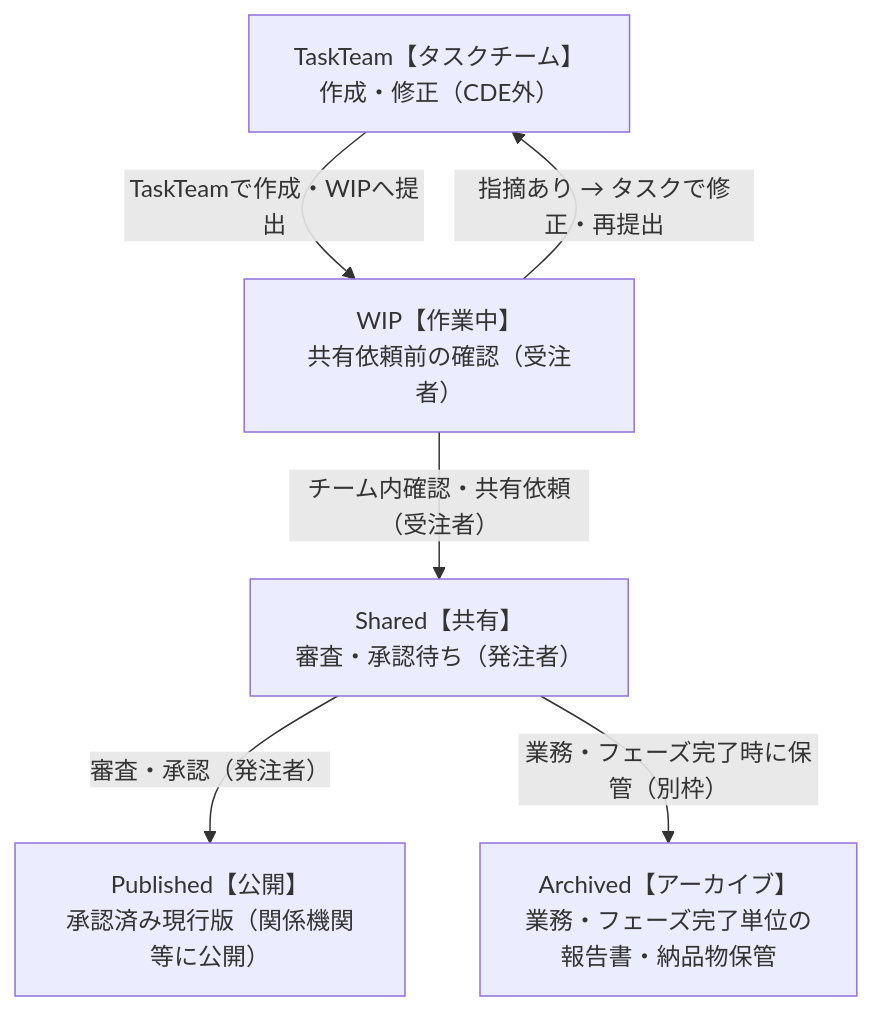
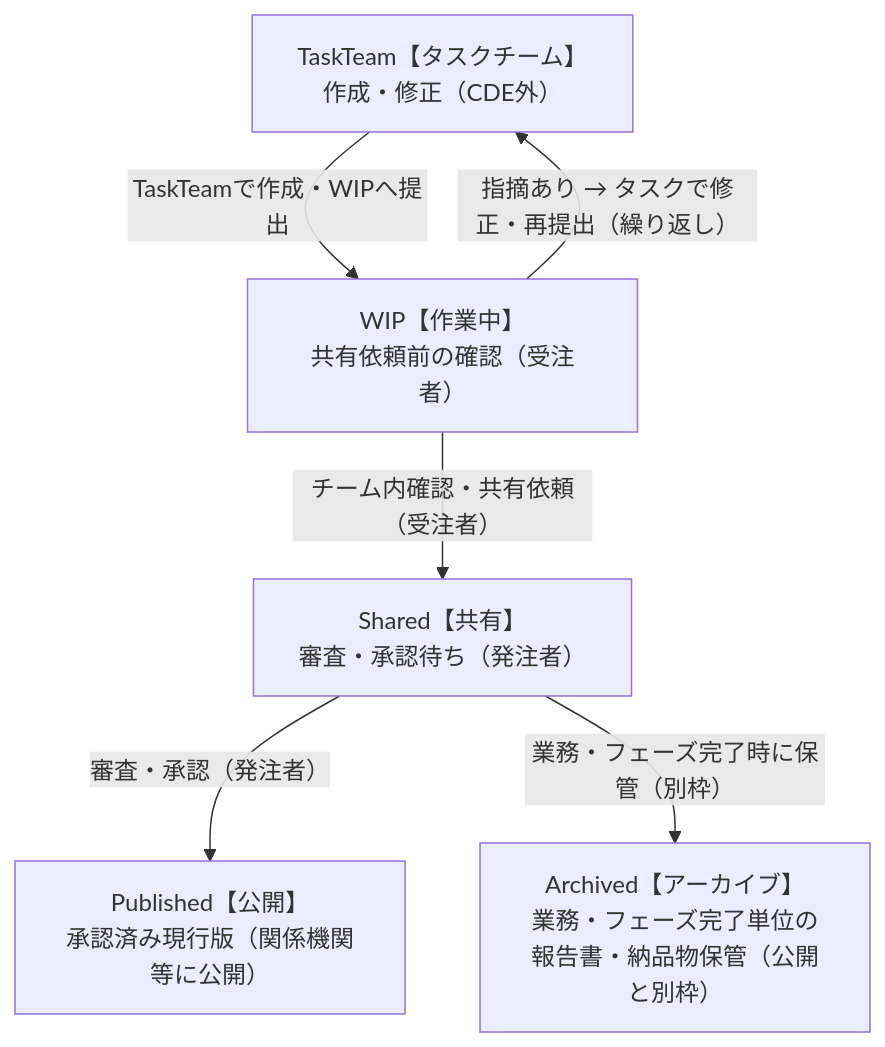
Before and after one commit to yamamoto-ryuzo/portal: the second of 4 diagrams in articles/project-cde-guide.md, drawn with Mermaid. The commit also changed other lines of this file, not shown here.

````diff
--- a/articles/project-cde-guide.md
+++ b/articles/project-cde-guide.md
@@ -248,14 +363,14 @@
 ```mermaid
 flowchart TD
     TT["TaskTeam【タスクチーム】<br/>作成・修正（CDE外）"]
     WIP["WIP【作業中】<br/>共有依頼前の確認（受注者）"]
     SH["Shared【共有】<br/>審査・承認待ち（発注者）"]
     PB["Published【公開】<br/>承認済み現行版（関係機関等に公開）"]
-    AR["Archived【アーカイブ】<br/>業務・フェーズ完了単位の<br/>報告書・納品物保管"]
+    AR["Archived【アーカイブ】<br/>業務・フェーズ完了単位の<br/>報告書・納品物保管（公開と別枠）"]
 
     TT -->|"TaskTeamで作成・WIPへ提出"| WIP
-    WIP -->|"指摘あり → タスクで修正・再提出"| TT
+    WIP -->|"指摘あり → タスクで修正・再提出（繰り返し）"| TT
     WIP -->|"チーム内確認・共有依頼（受注者）"| SH
     SH -->|"審査・承認（発注者）"| PB
     SH -->|"業務・フェーズ完了時に保管（別枠）"| AR
 ```
````
